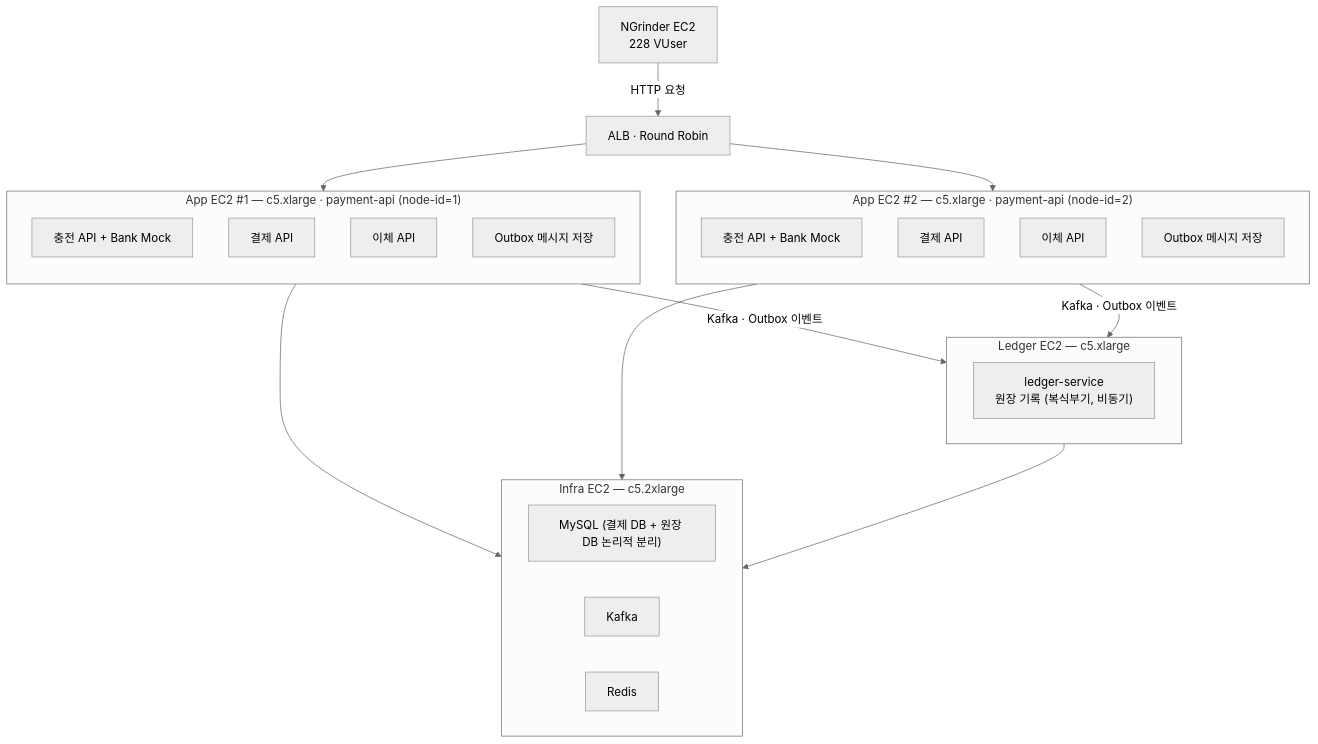
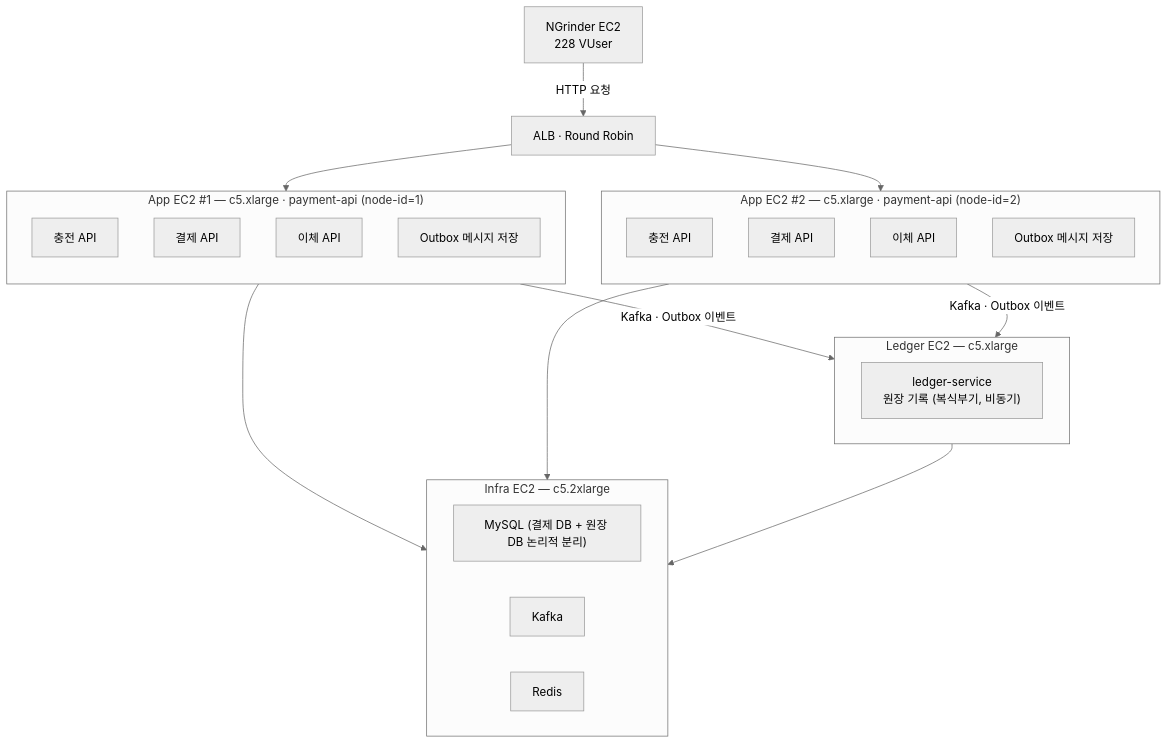
Before and after one commit to JuyeopJang/j-pay: the second of 2 diagrams in README.md, drawn with Mermaid (neutral theme). The commit also changed other lines of this file, not shown here.

Commit message:
docs: 아키텍처 다이어그램에서 Bank Mock 표기 제거

````diff
--- a/README.md
+++ b/README.md
@@ -47,36 +47,36 @@
 ```mermaid
 flowchart TD
     NGrinder["NGrinder EC2\n228 VUser"] -->|HTTP 요청| ALB["ALB · Round Robin"]
 
     ALB --> App1 & App2
 
     subgraph App1["App EC2 #1 — c5.xlarge · payment-api (node-id=1)"]
         direction TB
-        C1["충전 API + Bank Mock"]
+        C1[충전 API]
         C2[결제 API]
         C3[이체 API]
         C4[Outbox 메시지 저장]
     end
 
     subgraph App2["App EC2 #2 — c5.xlarge · payment-api (node-id=2)"]
         direction TB
-        D1["충전 API + Bank Mock"]
+        D1[충전 API]
         D2[결제 API]
         D3[이체 API]
         D4[Outbox 메시지 저장]
     end
 
     App1 & App2 -->|"Kafka · Outbox 이벤트"| LedgerEC2
 
     subgraph LedgerEC2["Ledger EC2 — c5.xlarge"]
         LedgerSvc["ledger-service\n원장 기록 (복식부기, 비동기)"]
     end
 
     App1 & App2 & LedgerEC2 --> Infra
 
     subgraph Infra["Infra EC2 — c5.2xlarge"]
         MySQL["MySQL (결제 DB + 원장 DB 논리적 분리)"]
         Kafka[Kafka]
         Redis[Redis]
     end
 ```
````
